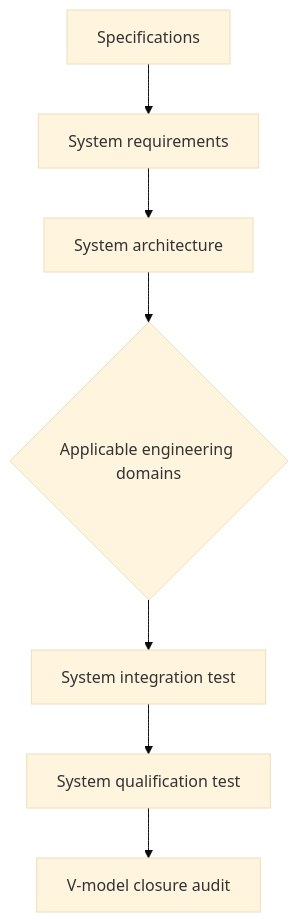
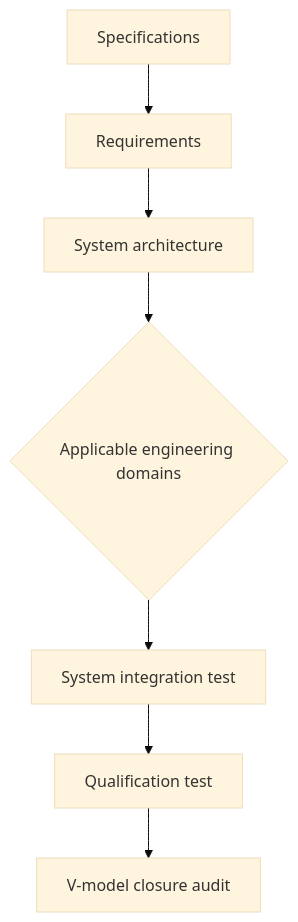
The diagram in doc/development_methodology/development_methodology_overview.md (FBS93/embedded_workbench), drawn with Mermaid (base theme) before and after one commit. The commit also changed other lines of this file and 44 other files, not shown here.

````diff
--- a/doc/development_methodology/development_methodology_overview.md
+++ b/doc/development_methodology/development_methodology_overview.md
@@ -52,9 +52,9 @@
 ```mermaid
 flowchart TD
-    A[Specifications] --> B[System requirements]
+    A[Specifications] --> B[Requirements]
     B --> C[System architecture]
     C --> D{Applicable engineering domains}
     D --> SIT[System integration test]
-    SIT --> SQT[System qualification test]
-    SQT --> AUDIT[V-model closure audit]
+    SIT --> QT[Qualification test]
+    QT --> AUDIT[V-model closure audit]
 ```
````
